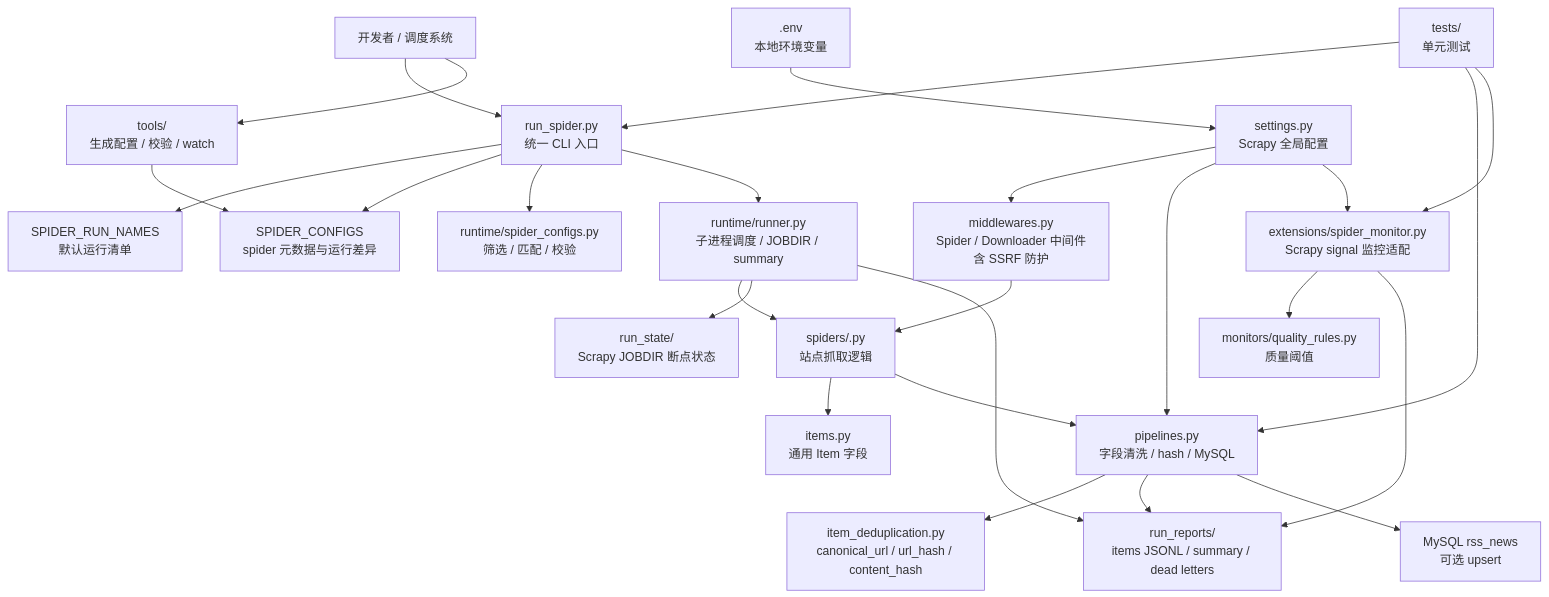
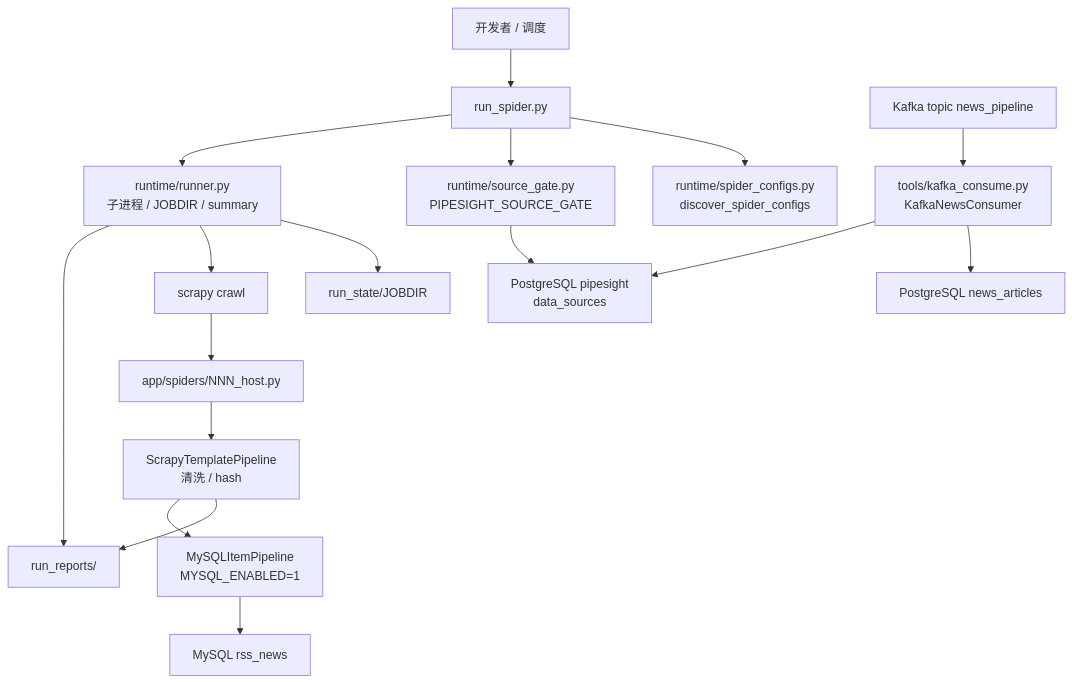
Before and after one commit to liuxu6014/news-pipelines: the first of 2 diagrams in README.md, drawn with Mermaid. The commit also changed other lines of this file, not shown here.

````diff
--- a/README.md
+++ b/README.md
@@ -29,49 +59,36 @@
 ```mermaid
 flowchart TB
-    User["开发者 / 调度系统"]
-    CLI["run_spider.py<br/>统一 CLI 入口"]
-    RunNames["SPIDER_RUN_NAMES<br/>默认运行清单"]
-    Configs["SPIDER_CONFIGS<br/>spider 元数据与运行差异"]
-    ConfigHelpers["runtime/spider_configs.py<br/>筛选 / 匹配 / 校验"]
-    Runner["runtime/runner.py<br/>子进程调度 / JOBDIR / summary"]
-    Settings["settings.py<br/>Scrapy 全局配置"]
-    Env[".env<br/>本地环境变量"]
-    Spider["spiders/<name>.py<br/>站点抓取逻辑"]
-    Items["items.py<br/>通用 Item 字段"]
-    Middleware["middlewares.py<br/>Spider / Downloader 中间件<br/>含 SSRF 防护"]
-    Pipeline["pipelines.py<br/>字段清洗 / hash / MySQL"]
-    Dedupe["item_deduplication.py<br/>canonical_url / url_hash / content_hash"]
-    Monitor["extensions/spider_monitor.py<br/>Scrapy signal 监控适配"]
-    Quality["monitors/quality_rules.py<br/>质量阈值"]
-    Reports["run_reports/<br/>items JSONL / summary / dead letters"]
-    State["run_state/<br/>Scrapy JOBDIR 断点状态"]
-    MySQL["MySQL rss_news<br/>可选 upsert"]
-    Tools["tools/<br/>生成配置 / 校验 / watch"]
-    Tests["tests/<br/>单元测试"]
+    User["开发者 / 调度"]
+    CLI["run_spider.py"]
+    Discover["runtime/spider_configs.py<br/>discover_spider_configs"]
+    Gate["runtime/source_gate.py<br/>PIPESIGHT_SOURCE_GATE"]
+    Runner["runtime/runner.py<br/>子进程 / JOBDIR / summary"]
+    Scrapy["scrapy crawl"]
+    Spiders["app/spiders/NNN_host.py"]
+    Clean["ScrapyTemplatePipeline<br/>清洗 / hash"]
+    MySQL["MySQLItemPipeline<br/>MYSQL_ENABLED=1"]
+    Rss["MySQL rss_news"]
+    Reports["run_reports/"]
+    State["run_state/JOBDIR"]
+    PG["PostgreSQL pipesight<br/>data_sources"]
+    Consumer["tools/kafka_consume.py<br/>KafkaNewsConsumer"]
+    Topic["Kafka topic news_pipeline"]
+    Articles["PostgreSQL news_articles"]
 
     User --> CLI
-    User --> Tools
-    CLI --> RunNames
-    CLI --> Configs
-    CLI --> ConfigHelpers
+    CLI --> Discover
+    CLI --> Gate
+    Gate --> PG
     CLI --> Runner
-    Env --> Settings
-    Settings --> Middleware
-    Settings --> Pipeline
-    Settings --> Monitor
-    Runner --> Spider
     Runner --> State
+    Runner --> Scrapy
+    Scrapy --> Spiders
+    Spiders --> Clean
+    Clean --> Reports
+    Clean --> MySQL
+    MySQL --> Rss
     Runner --> Reports
-    Spider --> Items
-    Spider --> Pipeline
-    Middleware --> Spider
-    Pipeline --> Dedupe
-    Pipeline --> Reports
-    Pipeline --> MySQL
-    Monitor --> Quality
-    Monitor --> Reports
-    Tools --> Configs
-    Tests --> CLI
-    Tests --> Pipeline
-    Tests --> Monitor
+    Topic --> Consumer
+    Consumer --> Articles
+    Consumer --> PG
 ```
````
